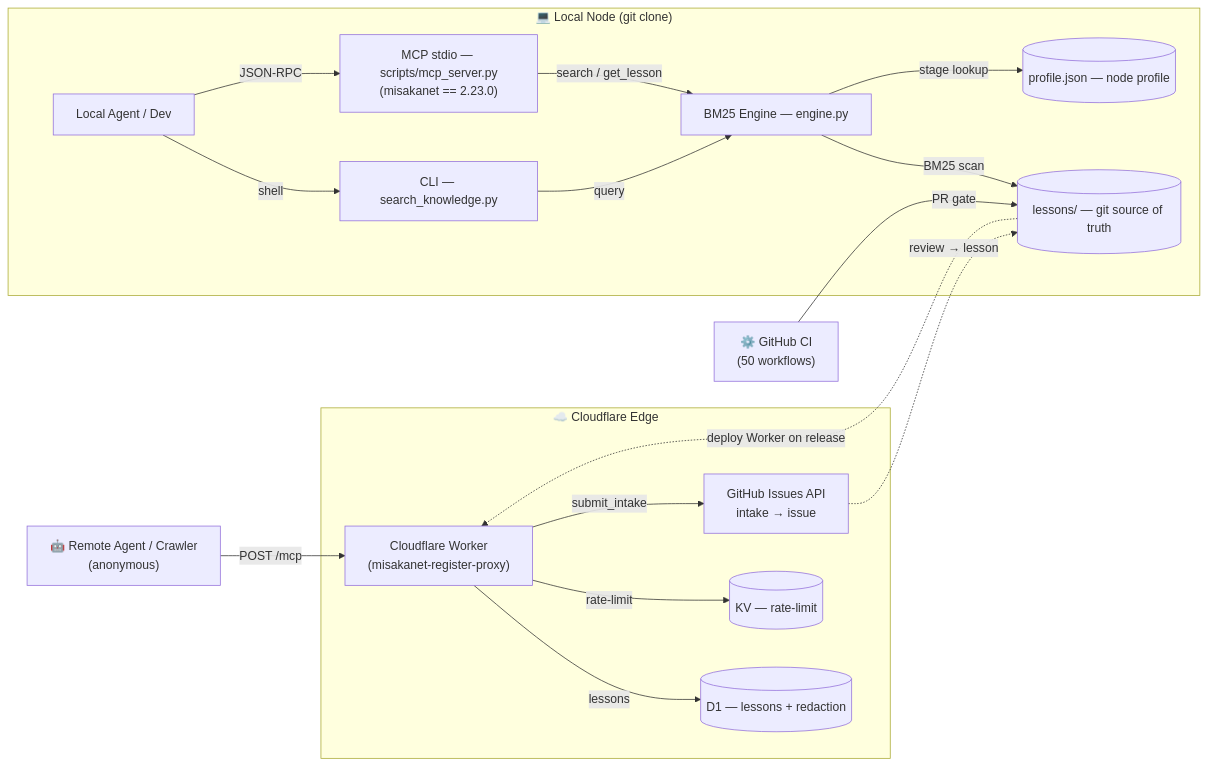
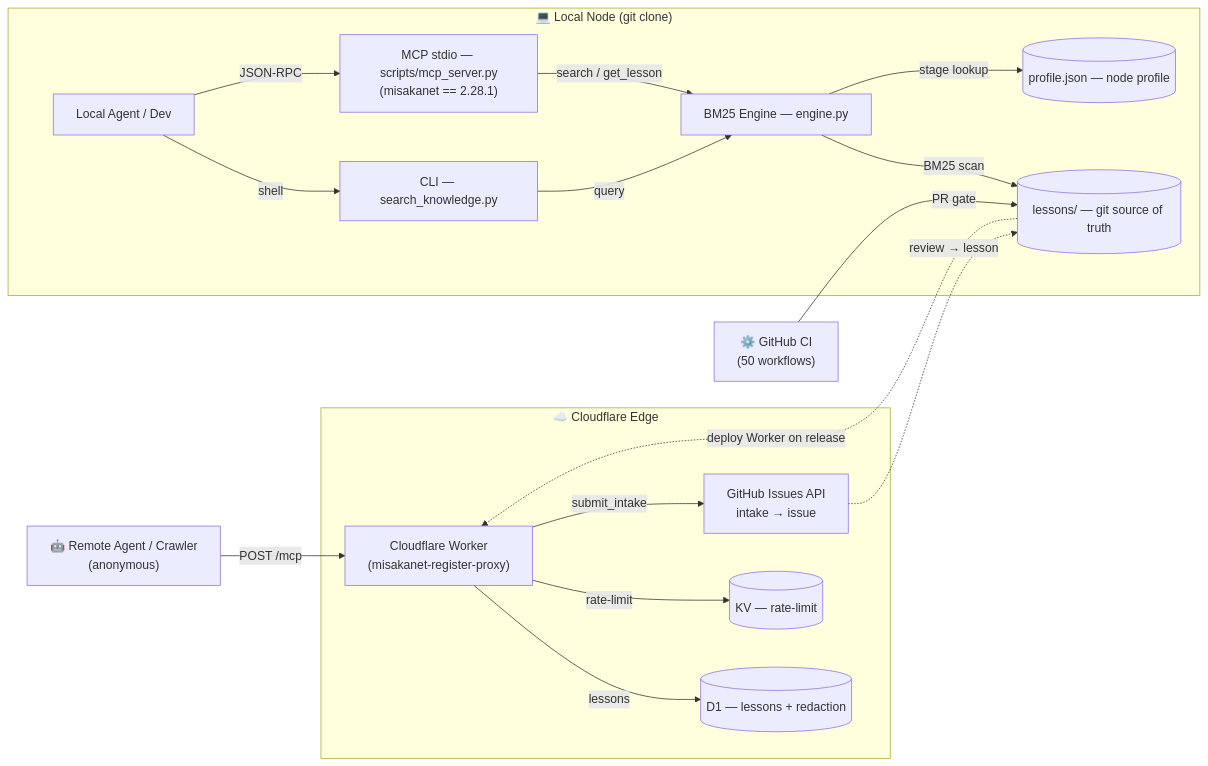
One commit to kveita/MisakaNet changed the diagram in README.md. Above: the diagram before and after it, drawn with Mermaid. The commit also changed other lines of this file and 8 other files, not shown here.

````diff
--- a/README.md
+++ b/README.md
@@ -373,37 +375,37 @@
 ```mermaid
 flowchart LR
     subgraph Edge["☁️ Cloudflare Edge"]
         Worker["Cloudflare Worker<br/>(misakanet-register-proxy)"]
         D1[("D1 — lessons + redaction")]
         KV[("KV — rate-limit")]
         Intake["GitHub Issues API<br/>intake → issue"]
     end
 
     subgraph Local["💻 Local Node (git clone)"]
         User["Local Agent / Dev"]
         CLI["CLI — search_knowledge.py"]
-        MCP["MCP stdio — scripts/mcp_server.py<br/>(misakanet == 2.23.0)"]
+        MCP["MCP stdio — scripts/mcp_server.py<br/>(misakanet == 2.28.1)"]
         Engine["BM25 Engine — engine.py"]
         Lessons[("lessons/ — git source of truth")]
         Profile[("profile.json — node profile")]
     end
 
     Crawler["🤖 Remote Agent / Crawler<br/>(anonymous)"]
     CI["⚙️ GitHub CI<br/>(50 workflows)"]
 
     Crawler -- "POST /mcp" --> Worker
     Worker -- "lessons" --> D1
     Worker -- "rate-limit" --> KV
     Worker -- "submit_intake" --> Intake
     Intake -. "review → lesson" .-> Lessons
 
     User -- "shell" --> CLI
     User -- "JSON-RPC" --> MCP
     CLI -- "query" --> Engine
     MCP -- "search / get_lesson" --> Engine
     Engine -- "BM25 scan" --> Lessons
     Engine -- "stage lookup" --> Profile
 
     CI -- "PR gate" --> Lessons
     Lessons -. "deploy Worker on release" .-> Worker
 ```
````
